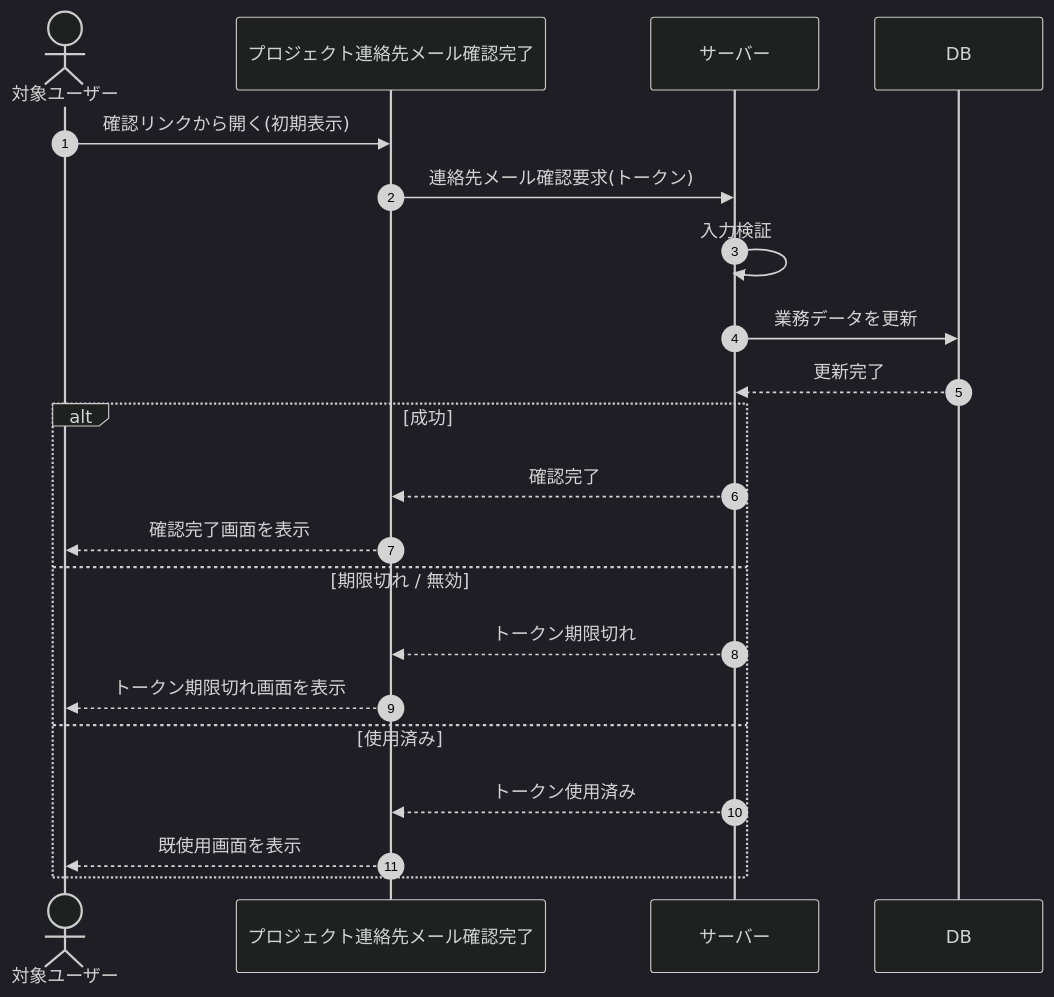
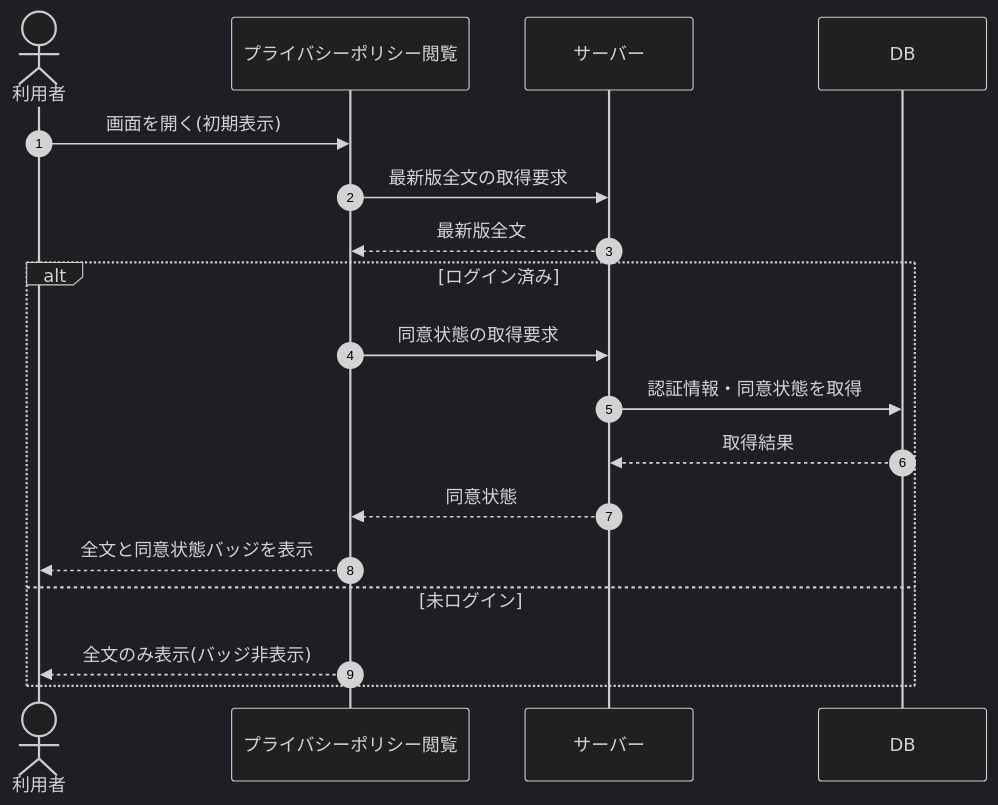
One commit to sikakou54/open-faq changed the diagram in 02_basic_design/03_sequences/SEQ-075.md. Above: the diagram before and after it, drawn with Mermaid (dark theme). The commit also changed other lines of this file and 395 other files, not shown here.

````diff
--- a/02_basic_design/03_sequences/SEQ-075.md
+++ b/02_basic_design/03_sequences/SEQ-075.md
@@ -25,23 +25,20 @@
 ```mermaid
 sequenceDiagram
   autonumber
-  actor U as 対象ユーザー
-  participant Screen as プロジェクト連絡先メール確認完了
+  actor U as 利用者
+  participant Screen as プライバシーポリシー閲覧
   participant Server as サーバー
   participant DB as DB
-  U->>Screen: 確認リンクから開く(初期表示)
-  Screen->>Server: 連絡先メール確認要求(トークン)
-  Server->>Server: 入力検証
-  Server->>DB: 業務データを更新
-  DB-->>Server: 更新完了
-  alt 成功
-    Server-->>Screen: 確認完了
-    Screen-->>U: 確認完了画面を表示
-  else 期限切れ / 無効
-    Server-->>Screen: トークン期限切れ
-    Screen-->>U: トークン期限切れ画面を表示
-  else 使用済み
-    Server-->>Screen: トークン使用済み
-    Screen-->>U: 既使用画面を表示
+  U->>Screen: 画面を開く(初期表示)
+  Screen->>Server: 最新版全文の取得要求
+  Server-->>Screen: 最新版全文
+  alt ログイン済み
+    Screen->>Server: 同意状態の取得要求
+    Server->>DB: 認証情報・同意状態を取得
+    DB-->>Server: 取得結果
+    Server-->>Screen: 同意状態
+    Screen-->>U: 全文と同意状態バッジを表示
+  else 未ログイン
+    Screen-->>U: 全文のみ表示(バッジ非表示)
   end
 ```
````
